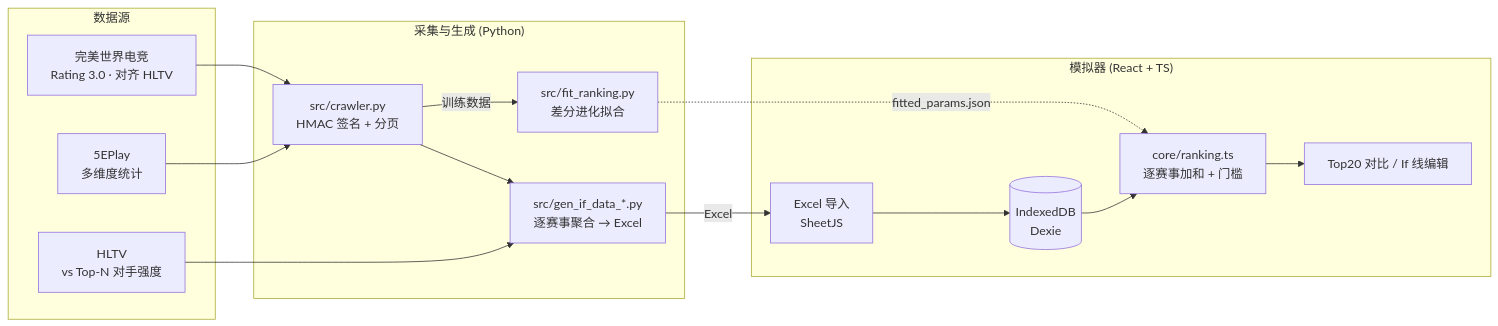
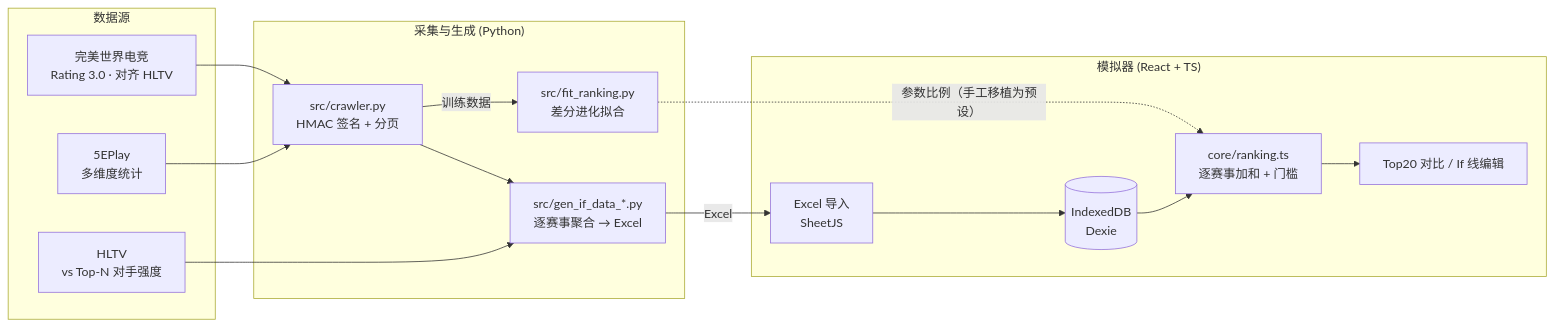
One commit to bootsh-zvuat/IFTV-TOP20 changed the diagram in README.md. Above: the diagram before and after it, drawn with Mermaid. The commit also changed other lines of this file, not shown here.

````diff
--- a/README.md
+++ b/README.md
@@ -115,32 +116,32 @@
 ```mermaid
 flowchart LR
     subgraph SRC["数据源"]
         WM["完美世界电竞<br/>Rating 3.0 · 对齐 HLTV"]
         E5["5EPlay<br/>多维度统计"]
         HL["HLTV<br/>vs Top-N 对手强度"]
     end
 
     subgraph PIPE["采集与生成 (Python)"]
         CR["src/crawler.py<br/>HMAC 签名 + 分页"]
         GEN["src/gen_if_data_*.py<br/>逐赛事聚合 → Excel"]
         FIT["src/fit_ranking.py<br/>差分进化拟合"]
     end
 
     subgraph APP["模拟器 (React + TS)"]
         IMP["Excel 导入<br/>SheetJS"]
         CORE["core/ranking.ts<br/>逐赛事加和 + 门槛"]
         DB[("IndexedDB<br/>Dexie")]
         UI["Top20 对比 / If 线编辑"]
     end
 
     WM --> CR
     E5 --> CR
     HL --> GEN
     CR --> GEN
     GEN -->|"Excel"| IMP
     CR -->|"训练数据"| FIT
-    FIT -.->|"fitted_params.json"| CORE
+    FIT -.->|"参数比例（手工移植为预设）"| CORE
     IMP --> DB
     DB --> CORE
     CORE --> UI
 ```
````
